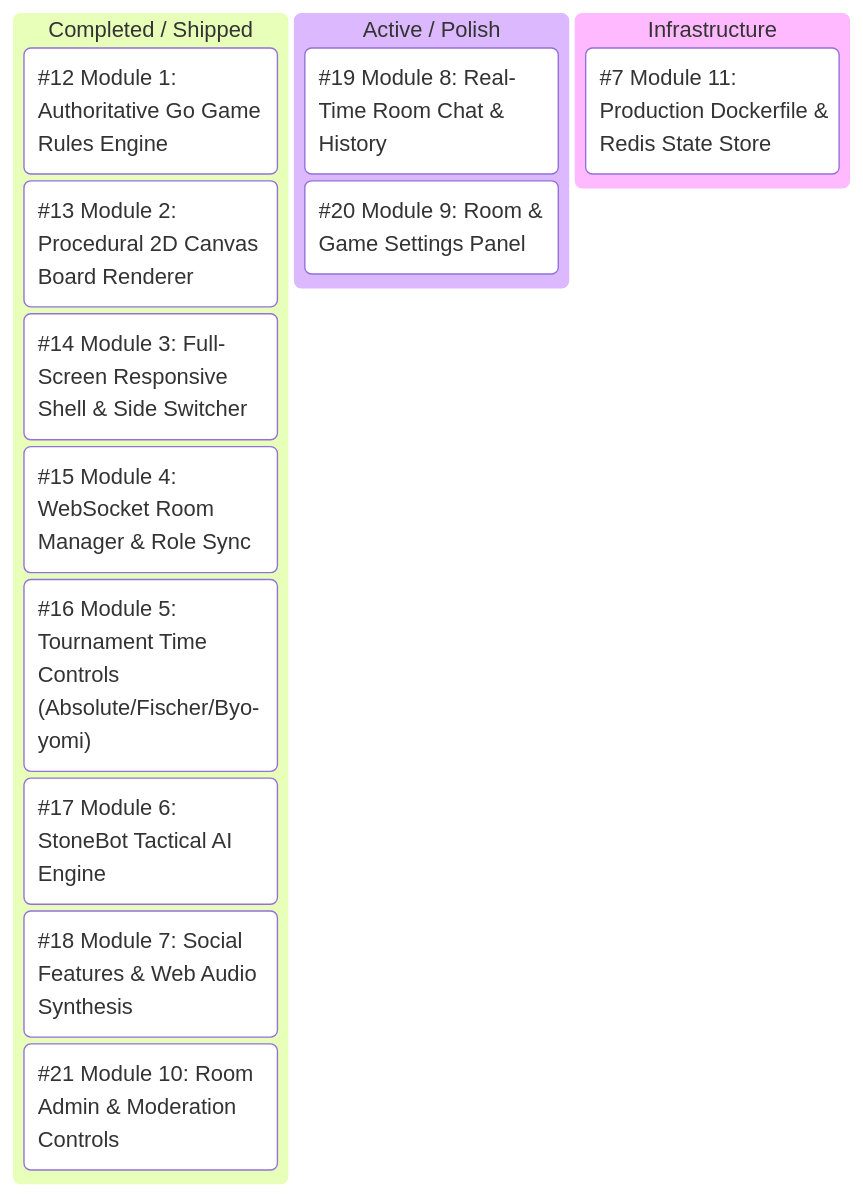
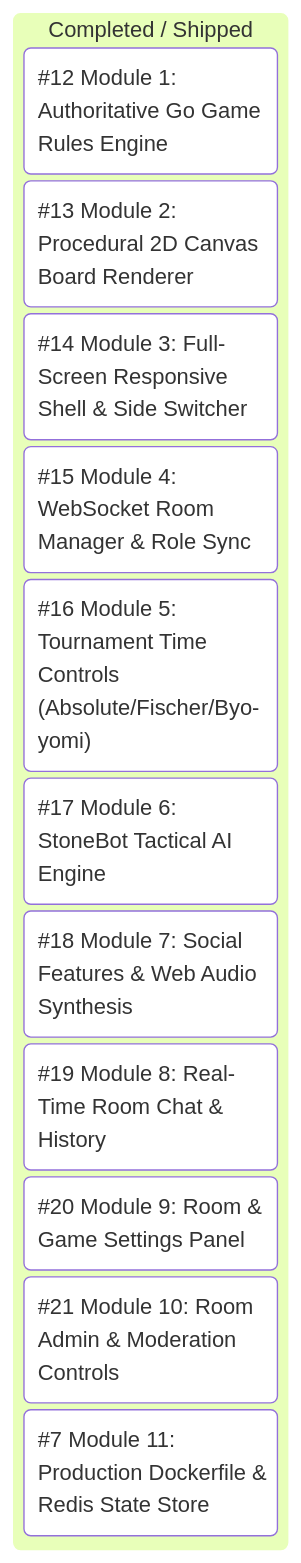
One commit to Archon-Phi/stonesync changed the diagram in PROJECT_ROADMAP.md. Above: the diagram before and after it, drawn with Mermaid. The commit also changed other lines of this file, not shown here.

Commit message:
docs(roadmap): mark all modules 1-11 as closed and shipped

````diff
--- a/PROJECT_ROADMAP.md
+++ b/PROJECT_ROADMAP.md
@@ -11,17 +11,15 @@
 ```mermaid
 kanban
   done[Completed / Shipped]
     issue_12["#12 Module 1: Authoritative Go Game Rules Engine"]
     issue_13["#13 Module 2: Procedural 2D Canvas Board Renderer"]
     issue_14["#14 Module 3: Full-Screen Responsive Shell & Side Switcher"]
     issue_15["#15 Module 4: WebSocket Room Manager & Role Sync"]
     issue_16["#16 Module 5: Tournament Time Controls (Absolute/Fischer/Byo-yomi)"]
     issue_17["#17 Module 6: StoneBot Tactical AI Engine"]
     issue_18["#18 Module 7: Social Features & Web Audio Synthesis"]
-    issue_21["#21 Module 10: Room Admin & Moderation Controls"]
-  in_progress[Active / Polish]
     issue_19["#19 Module 8: Real-Time Room Chat & History"]
     issue_20["#20 Module 9: Room & Game Settings Panel"]
-  infrastructure[Infrastructure]
+    issue_21["#21 Module 10: Room Admin & Moderation Controls"]
     issue_7["#7 Module 11: Production Dockerfile & Redis State Store"]
 ```
````
